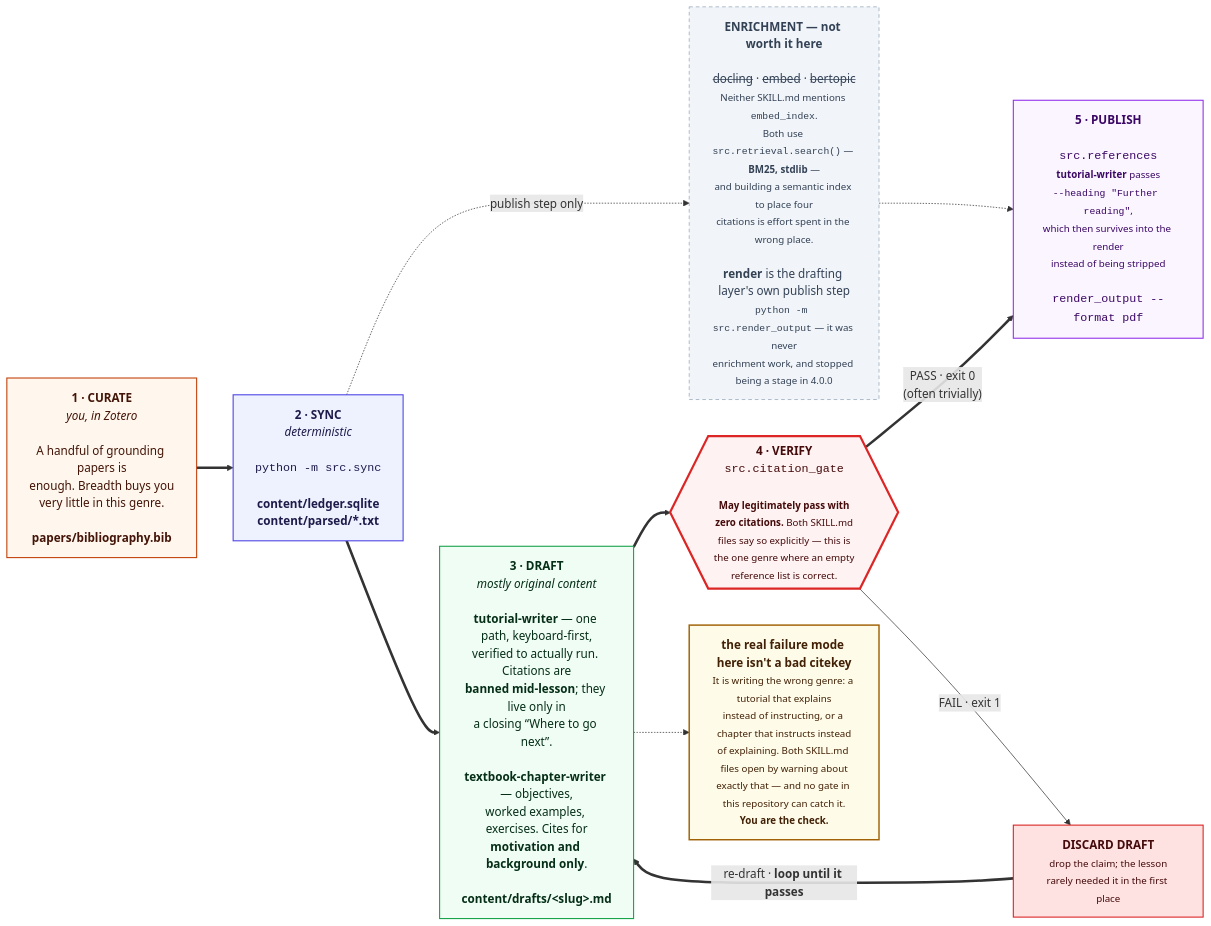
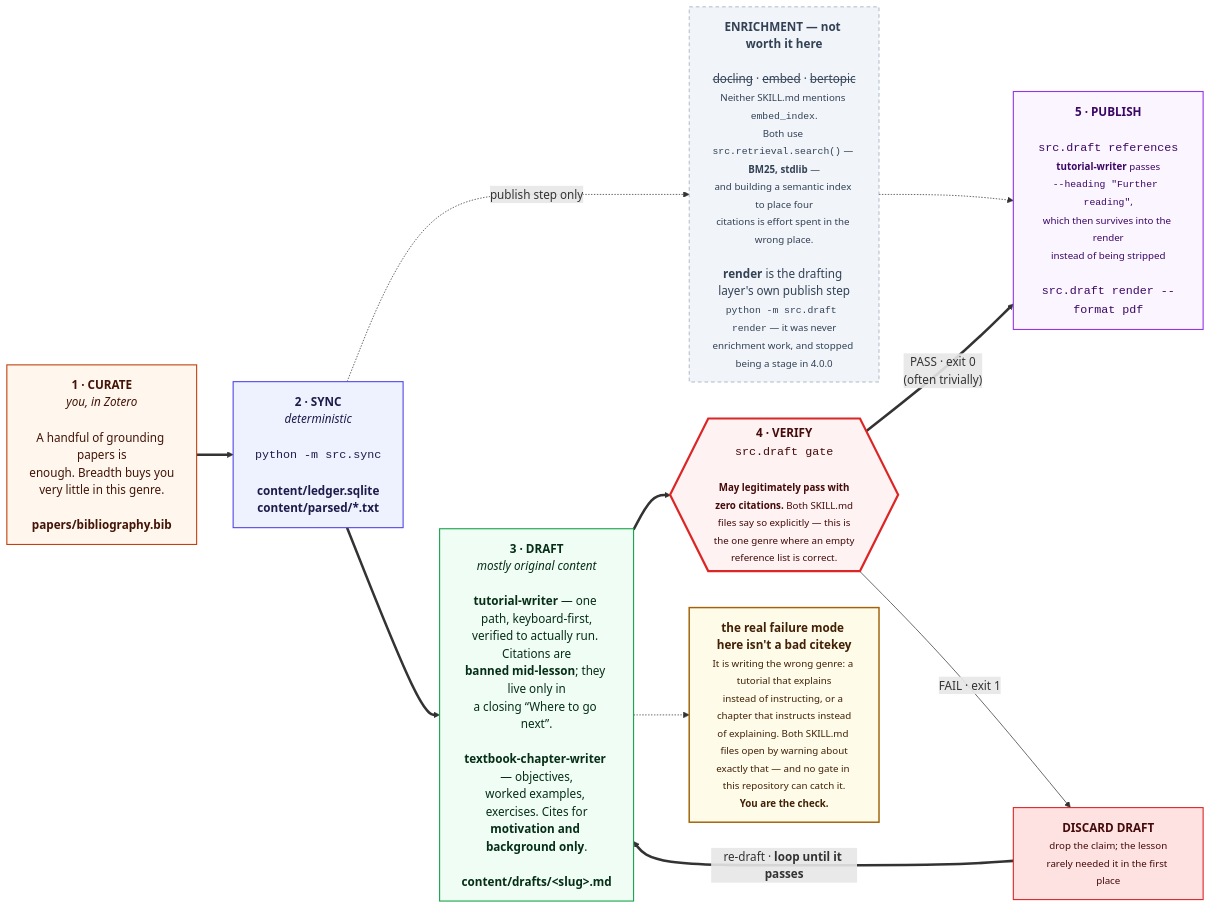
One commit to prasadtalasila/chitragupta changed the eighth of 11 diagrams in docs/DIAGRAMS.md. Above: the diagram before and after it, drawn with Mermaid. The commit also changed other lines of this file and 66 other files, not shown here.

````diff
--- a/docs/DIAGRAMS.md
+++ b/docs/DIAGRAMS.md
@@ -706,45 +706,45 @@
 ```mermaid
 flowchart LR
 
   P0["<b>1 · CURATE</b><br/><i>you, in Zotero</i><br/><br/>A handful of grounding papers is<br/>enough. Breadth buys you<br/>very little in this genre.<br/><br/><b>papers/bibliography.bib</b>"]
 
   P1["<b>2 · SYNC</b><br/><i>deterministic</i><br/><br/><code>python -m src.sync</code><br/><br/><b>content/ledger.sqlite</b><br/><b>content/parsed/*.txt</b>"]
 
-  HEAVY["<b>ENRICHMENT — not worth it here</b><br/><br/><s>docling</s> · <s>embed</s> · <s>bertopic</s><br/><small>Neither SKILL.md mentions <code>embed_index</code>.<br/>Both use <code>src.retrieval.search()</code> — <b>BM25, stdlib</b> —<br/>and building a semantic index to place four<br/>citations is effort spent in the wrong place.</small><br/><br/><b>render</b> is the drafting layer's own publish step<br/><small><code>python -m src.render_output</code> — it was never<br/>enrichment work, and stopped being a stage in 4.0.0</small>"]
+  HEAVY["<b>ENRICHMENT — not worth it here</b><br/><br/><s>docling</s> · <s>embed</s> · <s>bertopic</s><br/><small>Neither SKILL.md mentions <code>embed_index</code>.<br/>Both use <code>src.retrieval.search()</code> — <b>BM25, stdlib</b> —<br/>and building a semantic index to place four<br/>citations is effort spent in the wrong place.</small><br/><br/><b>render</b> is the drafting layer's own publish step<br/><small><code>python -m src.draft render</code> — it was never<br/>enrichment work, and stopped being a stage in 4.0.0</small>"]
 
   P2["<b>3 · DRAFT</b><br/><i>mostly original content</i><br/><br/><b>tutorial-writer</b> — one path, keyboard-first,<br/>verified to actually run. Citations are<br/><b>banned mid-lesson</b>; they live only in<br/>a closing “Where to go next”.<br/><br/><b>textbook-chapter-writer</b> — objectives,<br/>worked examples, exercises. Cites for<br/><b>motivation and background only</b>.<br/><br/><b>content/drafts/&lt;slug&gt;.md</b>"]
 
-  P3{{"<b>4 · VERIFY</b><br/><code>src.citation_gate</code><br/><br/><small><b>May legitimately pass with<br/>zero citations.</b> Both SKILL.md<br/>files say so explicitly — this is<br/>the one genre where an empty<br/>reference list is correct.</small>"}}
+  P3{{"<b>4 · VERIFY</b><br/><code>src.draft gate</code><br/><br/><small><b>May legitimately pass with<br/>zero citations.</b> Both SKILL.md<br/>files say so explicitly — this is<br/>the one genre where an empty<br/>reference list is correct.</small>"}}
 
   FIX["<b>DISCARD DRAFT</b><br/><small>drop the claim; the lesson<br/>rarely needed it in the first place</small>"]
 
-  P4["<b>5 · PUBLISH</b><br/><br/><code>src.references</code><br/><small><b>tutorial-writer</b> passes<br/><code>--heading &quot;Further reading&quot;</code>,<br/>which then survives into the render<br/>instead of being stripped</small><br/><br/><code>render_output --format pdf</code>"]
+  P4["<b>5 · PUBLISH</b><br/><br/><code>src.draft references</code><br/><small><b>tutorial-writer</b> passes<br/><code>--heading &quot;Further reading&quot;</code>,<br/>which then survives into the render<br/>instead of being stripped</small><br/><br/><code>src.draft render --format pdf</code>"]
 
   RISK["<b>the real failure mode here isn't a bad citekey</b><br/><small>It is writing the wrong genre: a tutorial that explains<br/>instead of instructing, or a chapter that instructs instead<br/>of explaining. Both SKILL.md files open by warning about<br/>exactly that — and no gate in this repository can catch it.<br/><b>You are the check.</b></small>"]
 
   P0 ==> P1 ==> P2 ==> P3
   P1 -. "publish step only" .-> HEAVY
   HEAVY -.-> P4
   P3 == "PASS · exit 0<br/>(often trivially)" ==> P4
   P3 -- "FAIL · exit 1" --> FIX
   FIX == "re-draft · <b>loop until it passes</b>" ==> P2
   P2 -.-> RISK
 
   classDef you fill:#fff7ed,stroke:#c2410c,stroke-width:1.5px,color:#431407
   classDef det fill:#eef2ff,stroke:#4f46e5,stroke-width:1.5px,color:#1e1b4b
   classDef gen fill:#f0fdf4,stroke:#16a34a,stroke-width:1.5px,color:#052e16
   classDef gate fill:#fef2f2,stroke:#dc2626,stroke-width:3px,color:#450a0a
   classDef out fill:#faf5ff,stroke:#9333ea,stroke-width:1.5px,color:#3b0764
   classDef bad fill:#fee2e2,stroke:#dc2626,stroke-width:1.5px,color:#450a0a
   classDef off fill:#f1f5f9,stroke:#94a3b8,stroke-dasharray:5 4,color:#334155
   classDef risk fill:#fefce8,stroke:#a16207,stroke-width:2px,color:#422006
 
   class P0 you
   class P1 det
   class P2 gen
   class P3 gate
   class P4 out
   class FIX bad
   class HEAVY off
   class RISK risk
 ```
````
